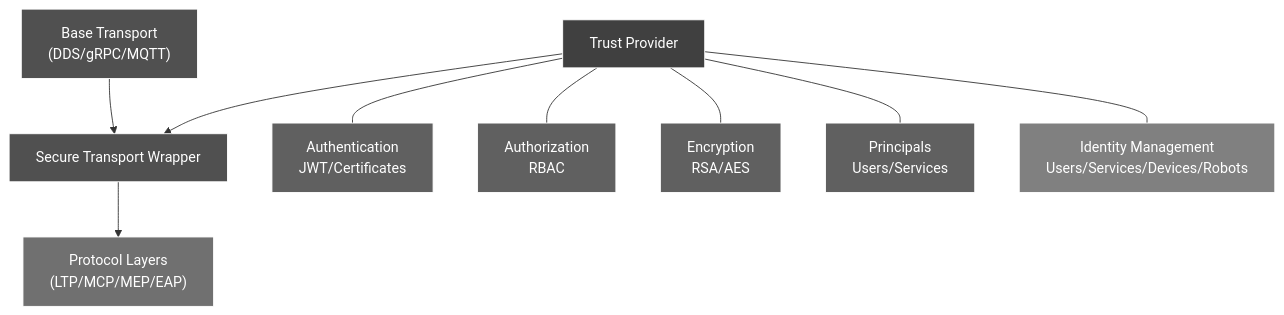
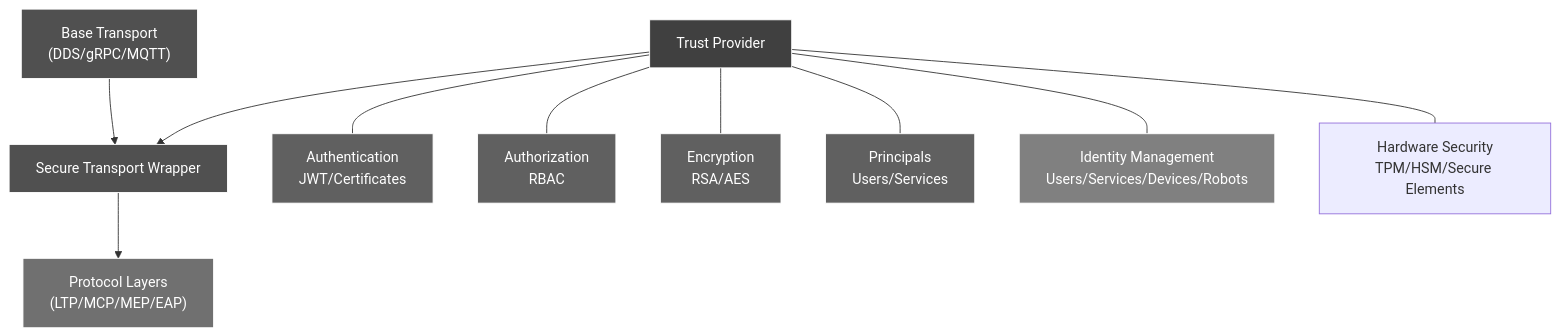
Before and after one commit to mbhatt1/ecps-sdk: diagram 11 of 14 in DesignDoc.md, drawn with Mermaid. The commit also changed other lines of this file and 40 other files, not shown here.

````diff
--- a/DesignDoc.md
+++ b/DesignDoc.md
@@ -803,39 +803,41 @@
 ```mermaid
 flowchart TB
     %% Trust Layer Integration
     TrustProvider["Trust Provider"]
     SecureTransport["Secure Transport Wrapper"]
     BaseTransport["Base Transport<br>(DDS/gRPC/MQTT)"]
     Protocol["Protocol Layers<br>(LTP/MCP/MEP/EAP)"]
     
     %% Trust Components
     Authentication["Authentication<br>JWT/Certificates"]
     Authorization["Authorization<br>RBAC"]
     Encryption["Encryption<br>RSA/AES"]
     Principals["Principals<br>Users/Services"]
     Identity["Identity Management<br>Users/Services/Devices/Robots"]
+    HardwareSecurity["Hardware Security<br>TPM/HSM/Secure Elements"]
     
     %% Flow
     TrustProvider --- Authentication
     TrustProvider --- Authorization
     TrustProvider --- Encryption
     TrustProvider --- Principals
     TrustProvider --- Identity
+    TrustProvider --- HardwareSecurity
     
     TrustProvider --> SecureTransport
     BaseTransport --> SecureTransport
     SecureTransport --> Protocol
     
     %% Styling
     classDef provider fill:#404040,stroke:#ffffff,color:#ffffff
     classDef transport fill:#505050,stroke:#ffffff,color:#ffffff
     classDef component fill:#606060,stroke:#ffffff,color:#ffffff
     classDef protocol fill:#707070,stroke:#ffffff,color:#ffffff
     classDef identity fill:#808080,stroke:#ffffff,color:#ffffff
     
     class TrustProvider provider
     class SecureTransport,BaseTransport transport
     class Authentication,Authorization,Encryption,Principals component
     class Protocol protocol
     class Identity identity
 ```
````
